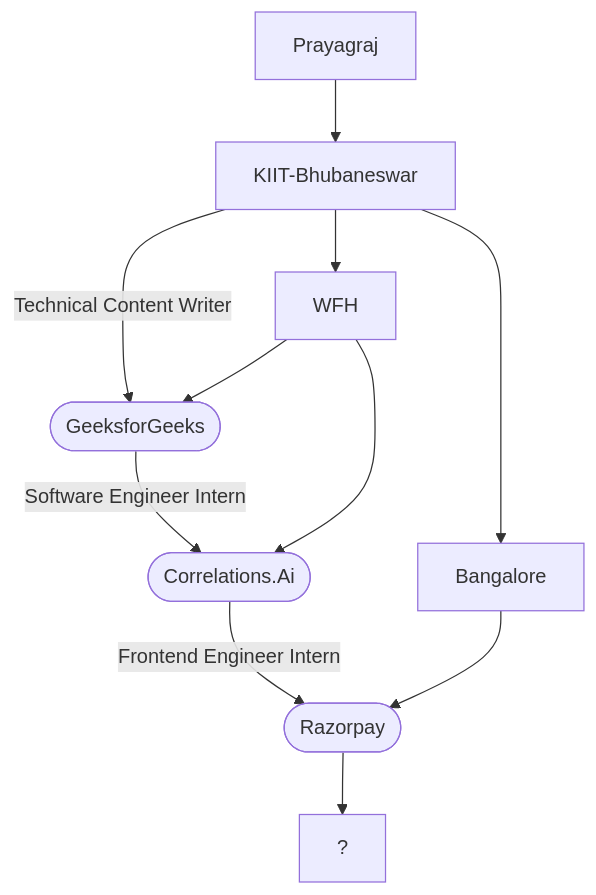
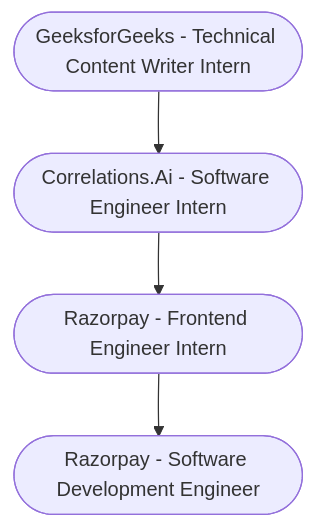
The diagram in README.md (RgnDunes/RgnDunes), drawn with Mermaid before and after one commit. The commit also changed other lines of this file, not shown here.

Commit message:
Update About Me & Progress Graph

````diff
--- a/README.md
+++ b/README.md
@@ -16,13 +16,6 @@
 ```mermaid
 graph TD;
-    Prayagraj-->KIIT-Bhubaneswar
-    KIIT-Bhubaneswar--> |Technical Content Writer|id1([GeeksforGeeks])
-    id1([GeeksforGeeks])--> |Software Engineer Intern|id2([Correlations.Ai])
-    KIIT-Bhubaneswar-->Bangalore
-    KIIT-Bhubaneswar-->WFH
-    WFH-->id1([GeeksforGeeks])
-    WFH-->id2([Correlations.Ai])
-    id2([Correlations.Ai])--> |Frontend Engineer Intern|id3([Razorpay])
-    Bangalore-->id3([Razorpay])
-    id3([Razorpay])-->?;
+   id1([GeeksforGeeks - Technical Content Writer Intern])--> id2([Correlations.Ai - Software Engineer Intern])
+   id2([Correlations.Ai - Software Engineer Intern])--> id3([Razorpay - Frontend Engineer Intern])
+   id3([Razorpay - Frontend Engineer Intern])--> id4([Razorpay - Software Development Engineer])
 ```
````
